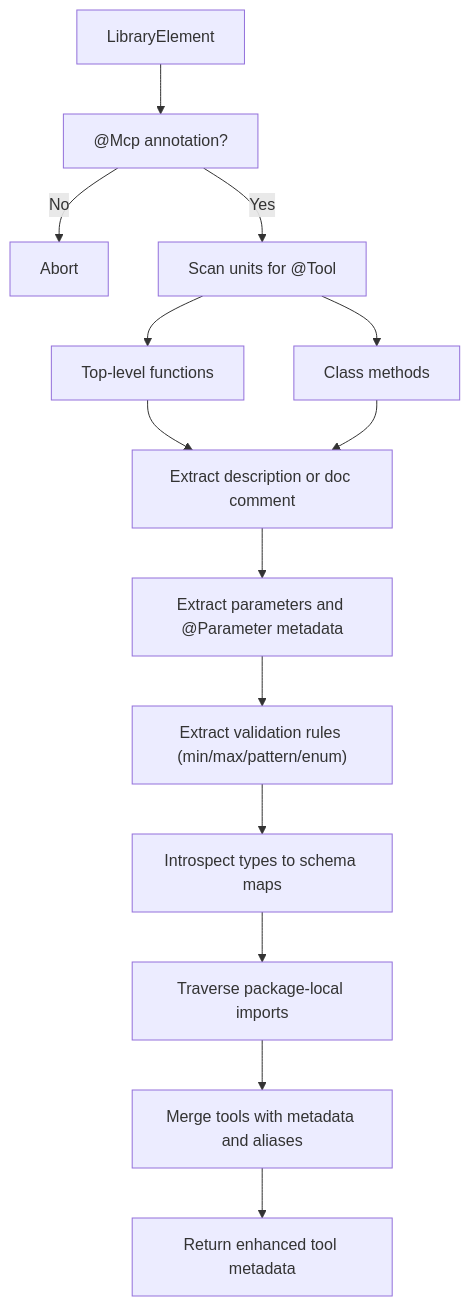
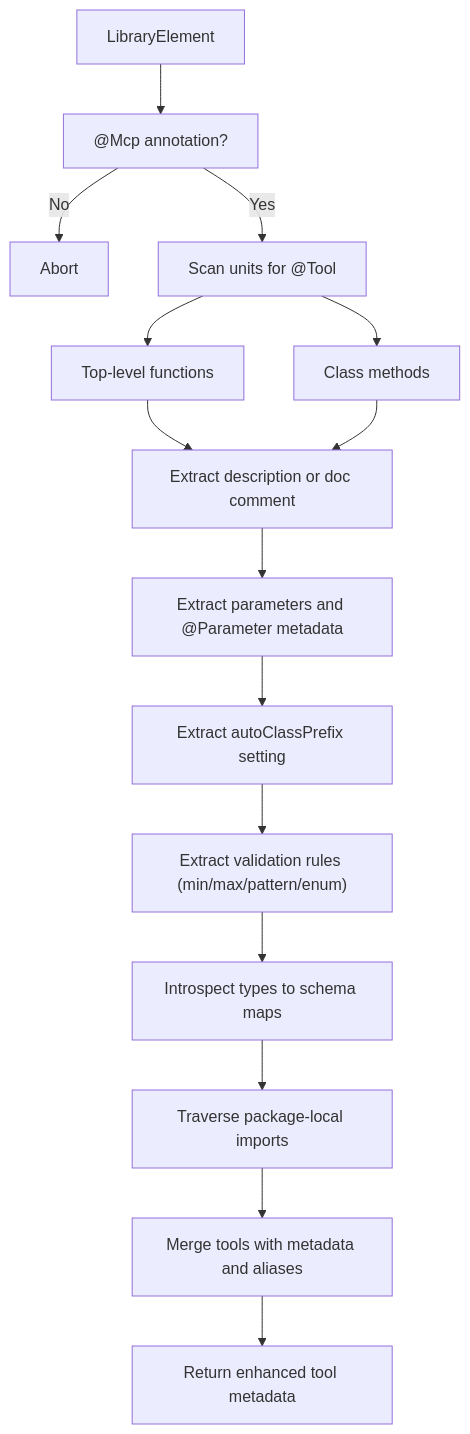
One commit to cdavis-code/easy_mcp_workspace changed the sixth of 10 diagrams in .qoder/repowiki/en/content/Core Concepts/Code Generation Workflow.md. Above: the diagram before and after it, drawn with Mermaid. The commit also changed other lines of this file and 3 other files, not shown here.

````diff
--- a/.qoder/repowiki/en/content/Core Concepts/Code Generation Workflow.md
+++ b/.qoder/repowiki/en/content/Core Concepts/Code Generation Workflow.md
@@ -220,16 +269,17 @@
 ```mermaid
 flowchart TD
 L["LibraryElement"] --> Check["@Mcp annotation?"]
 Check --> |No| Stop["Abort"]
 Check --> |Yes| Scan["Scan units for @Tool"]
 Scan --> TL["Top-level functions"]
 Scan --> CL["Class methods"]
 TL --> Desc["Extract description or doc comment"]
 CL --> Desc
 Desc --> Params["Extract parameters and @Parameter metadata"]
-Params --> Validation["Extract validation rules (min/max/pattern/enum)"]
+Params --> AutoPrefix["Extract autoClassPrefix setting"]
+AutoPrefix --> Validation["Extract validation rules (min/max/pattern/enum)"]
 Validation --> Introspect["Introspect types to schema maps"]
 Introspect --> Imports["Traverse package-local imports"]
 Imports --> Merge["Merge tools with metadata and aliases"]
 Merge --> Done["Return enhanced tool metadata"]
 ```
````
